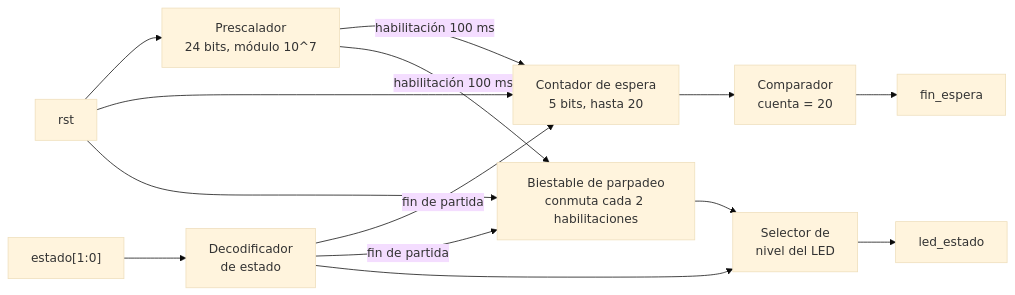
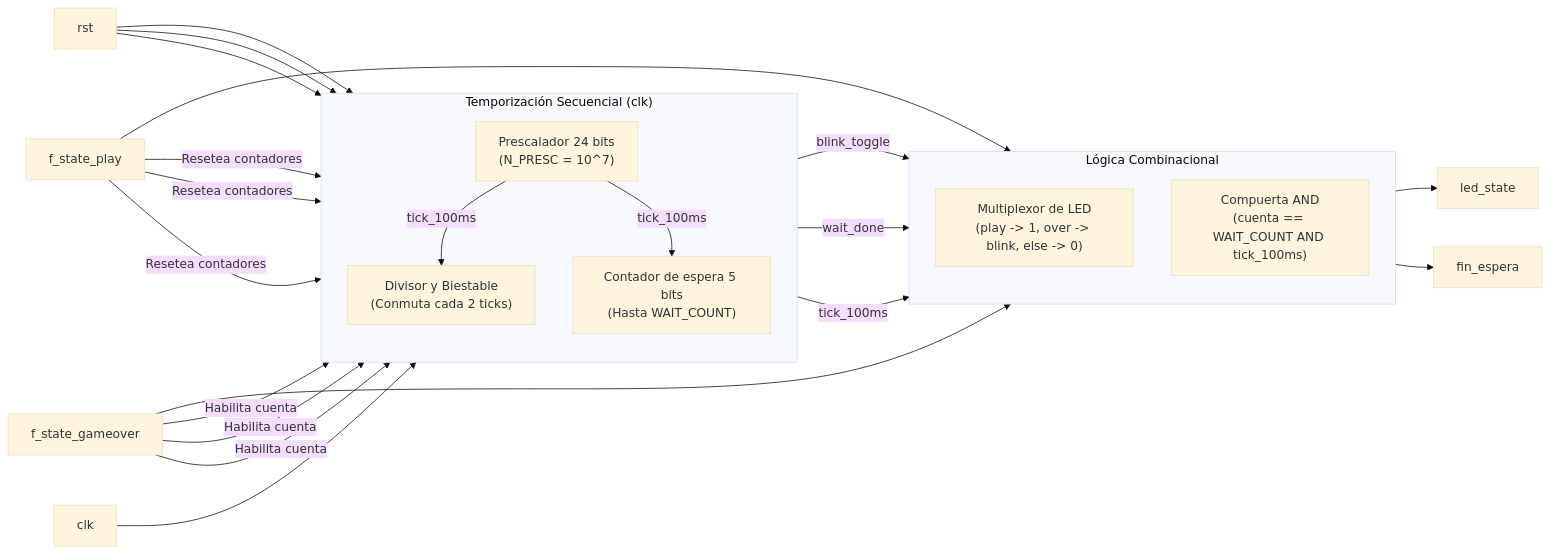
Before and after one commit to Taller-de-diseno-digital-GR01/Proyecto-1-Whack-a-mole: diagram 17 of 18 in docs/Diseño.md, drawn with Mermaid (base theme). The commit also changed other lines of this file and 4 other files, not shown here.

````diff
--- a/docs/Diseño.md
+++ b/docs/Diseño.md
@@ -1395,16 +1411,45 @@
 ```mermaid
 flowchart LR
-    est["estado[1:0]"] --> DEC["Decodificador<br/>de estado"]
-    rst[rst] --> P
-    P["Prescalador<br/>24 bits, módulo 10^7"] -->|habilitación 100 ms| T
-    P -->|habilitación 100 ms| B
-    DEC -->|fin de partida| T
-    DEC -->|fin de partida| B
-    T["Contador de espera<br/>5 bits, hasta 20"] --> C20["Comparador<br/>cuenta = 20"]
-    C20 --> fe[fin_espera]
-    B["Biestable de parpadeo<br/>conmuta cada 2 habilitaciones"] --> MUX
-    DEC --> MUX["Selector de<br/>nivel del LED"]
-    MUX --> led[led_estado]
-    rst --> T
-    rst --> B
+    %% Entradas
+    clk[clk]
+    rst[rst]
+    play[f_state_play]
+    over[f_state_gameover]
+
+    subgraph Temporizacion ["Temporización Secuencial (clk)"]
+        direction TB
+        P["Prescalador 24 bits<br/>(N_PRESC = 10^7)"]
+        B["Divisor y Biestable<br/>(Conmuta cada 2 ticks)"]
+        T["Contador de espera 5 bits<br/>(Hasta WAIT_COUNT)"]
+        
+        P -->|tick_100ms| B
+        P -->|tick_100ms| T
+    end
+    
+    subgraph Decodificacion ["Lógica Combinacional"]
+        direction TB
+        SEL["Multiplexor de LED<br/>(play -> 1, over -> blink, else -> 0)"]
+        C20["Compuerta AND<br/>(cuenta == WAIT_COUNT AND tick_100ms)"]
+    end
+
+    %% Salidas
+    out_led["led_state"]
+    out_fin["fin_espera"]
+
+    %% Conexiones de Entrada a Bloques
+    clk --> Temporizacion
+    rst --> P & B & T
+    play -->|Resetea contadores| P & B & T
+    over -->|Habilita cuenta| P & B & T
+    
+    play --> SEL
+    over --> SEL
+
+    %% Conexiones Internas a Salidas
+    B -->|blink_toggle| SEL
+    T -->|wait_done| C20
+    P -->|tick_100ms| C20
+    
+    SEL --> out_led
+    C20 --> out_fin
 ```
````
